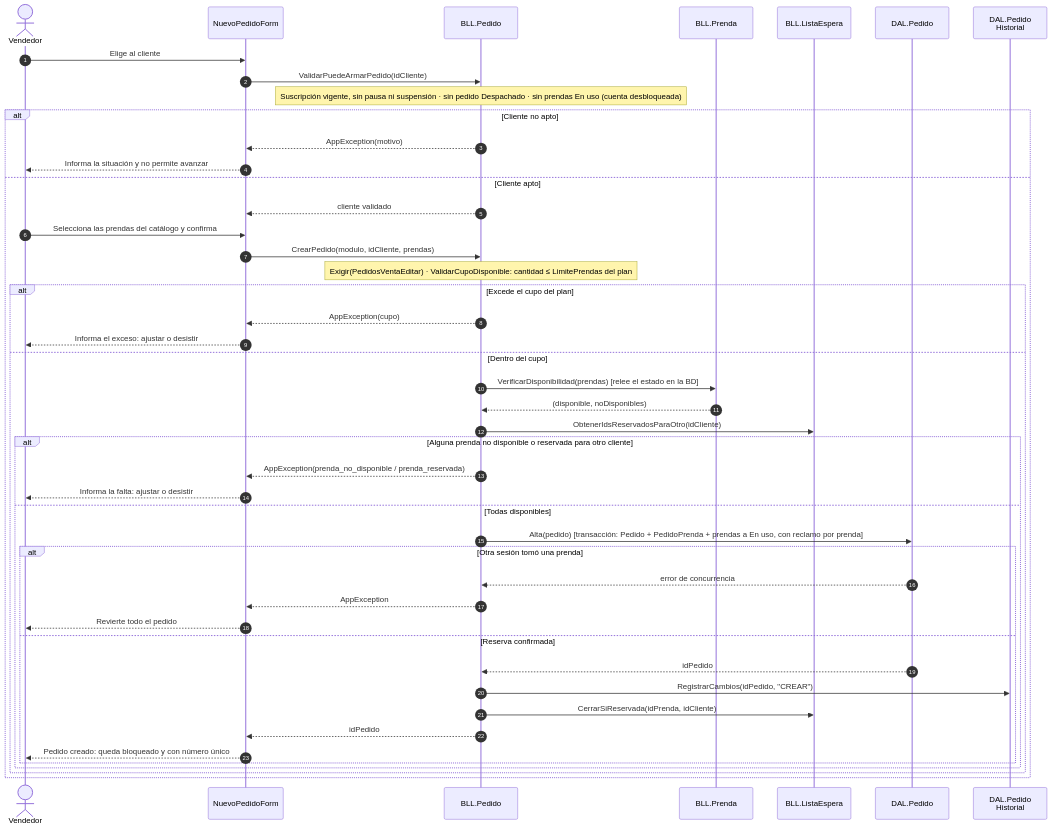
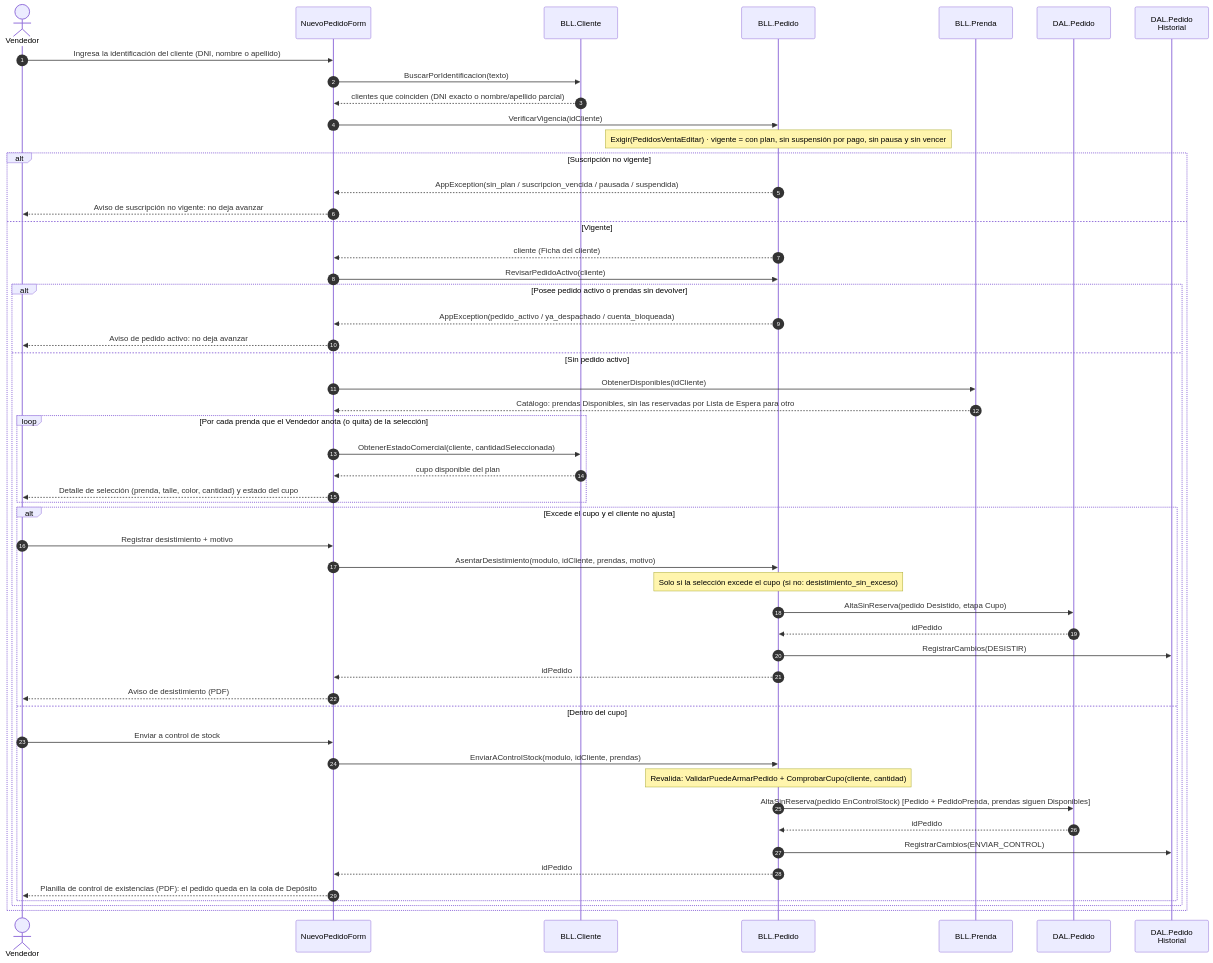
The diagram in docs/diagramas/mermaid/DSS_PN01_CU01_ArmarPedido.mmd (valentinamorana/Trabajo-de-Diploma), drawn with Mermaid before and after one commit. The commit also changed 88 other files, not shown here.

First line of the commit message:
PN01: el armado del pedido sigue el diagrama de actividad de EA

```diff
--- a/docs/diagramas/mermaid/DSS_PN01_CU01_ArmarPedido.mmd
+++ b/docs/diagramas/mermaid/DSS_PN01_CU01_ArmarPedido.mmd
@@ -1,46 +1,52 @@
 sequenceDiagram
   autonumber
   actor V as Vendedor
   participant F as NuevoPedidoForm
+  participant CB as BLL.Cliente
   participant B as BLL.Pedido
   participant PB as BLL.Prenda
-  participant LE as BLL.ListaEspera
   participant D as DAL.Pedido
   participant H as DAL.Pedido<br/>Historial
-  V->>F: Elige al cliente
-  F->>B: ValidarPuedeArmarPedido(idCliente)
-  Note over B: Suscripción vigente, sin pausa ni suspensión · sin pedido Despachado · sin prendas En uso (cuenta desbloqueada)
-  alt Cliente no apto
-    B-->>F: AppException(motivo)
-    F-->>V: Informa la situación y no permite avanzar
-  else Cliente apto
-    B-->>F: cliente validado
-    V->>F: Selecciona las prendas del catálogo y confirma
-    F->>B: CrearPedido(modulo, idCliente, prendas)
-    Note over B: Exigir(PedidosVentaEditar) · ValidarCupoDisponible: cantidad ≤ LimitePrendas del plan
-    alt Excede el cupo del plan
-      B-->>F: AppException(cupo)
-      F-->>V: Informa el exceso: ajustar o desistir
-    else Dentro del cupo
-      B->>PB: VerificarDisponibilidad(prendas)  [relee el estado en la BD]
-      PB-->>B: (disponible, noDisponibles)
-      B->>LE: ObtenerIdsReservadosParaOtro(idCliente)
-      alt Alguna prenda no disponible o reservada para otro cliente
-        B-->>F: AppException(prenda_no_disponible / prenda_reservada)
-        F-->>V: Informa la falta: ajustar o desistir
-      else Todas disponibles
-        B->>D: Alta(pedido)  [transacción: Pedido + PedidoPrenda + prendas a En uso, con reclamo por prenda]
-        alt Otra sesión tomó una prenda
-          D-->>B: error de concurrencia
-          B-->>F: AppException
-          F-->>V: Revierte todo el pedido
-        else Reserva confirmada
-          D-->>B: idPedido
-          B->>H: RegistrarCambios(idPedido, "CREAR")
-          B->>LE: CerrarSiReservada(idPrenda, idCliente)
-          B-->>F: idPedido
-          F-->>V: Pedido creado: queda bloqueado y con número único
-        end
+  V->>F: Ingresa la identificación del cliente (DNI, nombre o apellido)
+  F->>CB: BuscarPorIdentificacion(texto)
+  CB-->>F: clientes que coinciden (DNI exacto o nombre/apellido parcial)
+  F->>B: VerificarVigencia(idCliente)
+  Note over B: Exigir(PedidosVentaEditar) · vigente = con plan, sin suspensión por pago, sin pausa y sin vencer
+  alt Suscripción no vigente
+    B-->>F: AppException(sin_plan / suscripcion_vencida / pausada / suspendida)
+    F-->>V: Aviso de suscripción no vigente: no deja avanzar
+  else Vigente
+    B-->>F: cliente (Ficha del cliente)
+    F->>B: RevisarPedidoActivo(cliente)
+    alt Posee pedido activo o prendas sin devolver
+      B-->>F: AppException(pedido_activo / ya_despachado / cuenta_bloqueada)
+      F-->>V: Aviso de pedido activo: no deja avanzar
+    else Sin pedido activo
+      F->>PB: ObtenerDisponibles(idCliente)
+      PB-->>F: Catálogo: prendas Disponibles, sin las reservadas por Lista de Espera para otro
+      loop Por cada prenda que el Vendedor anota (o quita) de la selección
+        F->>CB: ObtenerEstadoComercial(cliente, cantidadSeleccionada)
+        CB-->>F: cupo disponible del plan
+        F-->>V: Detalle de selección (prenda, talle, color, cantidad) y estado del cupo
+      end
+      alt Excede el cupo y el cliente no ajusta
+        V->>F: Registrar desistimiento + motivo
+        F->>B: AsentarDesistimiento(modulo, idCliente, prendas, motivo)
+        Note over B: Solo si la selección excede el cupo (si no: desistimiento_sin_exceso)
+        B->>D: AltaSinReserva(pedido Desistido, etapa Cupo)
+        D-->>B: idPedido
+        B->>H: RegistrarCambios(DESISTIR)
+        B-->>F: idPedido
+        F-->>V: Aviso de desistimiento (PDF)
+      else Dentro del cupo
+        V->>F: Enviar a control de stock
+        F->>B: EnviarAControlStock(modulo, idCliente, prendas)
+        Note over B: Revalida: ValidarPuedeArmarPedido + ComprobarCupo(cliente, cantidad)
+        B->>D: AltaSinReserva(pedido EnControlStock)  [Pedido + PedidoPrenda, prendas siguen Disponibles]
+        D-->>B: idPedido
+        B->>H: RegistrarCambios(ENVIAR_CONTROL)
+        B-->>F: idPedido
+        F-->>V: Planilla de control de existencias (PDF): el pedido queda en la cola de Depósito
       end
     end
   end
```
